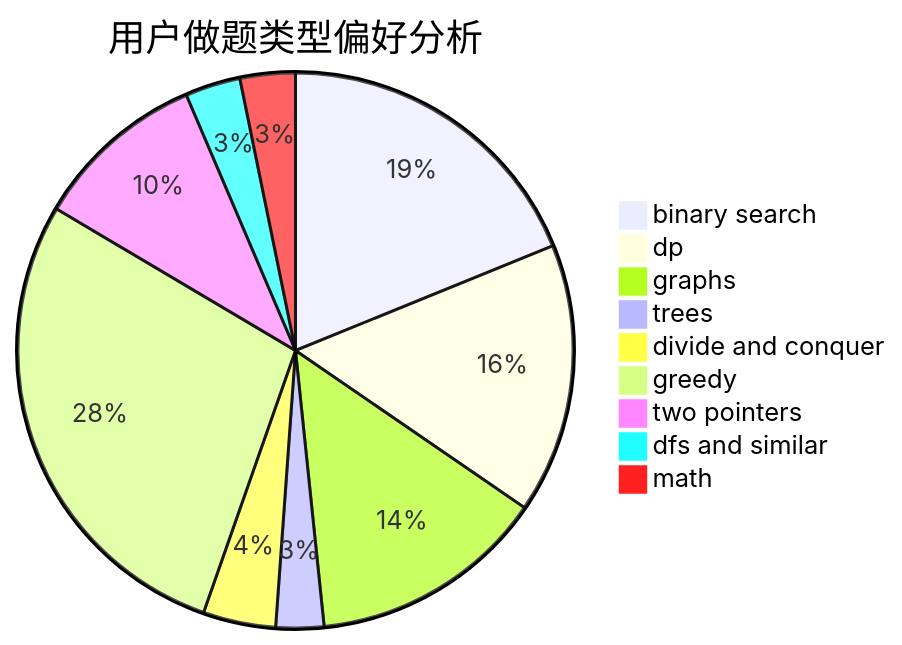
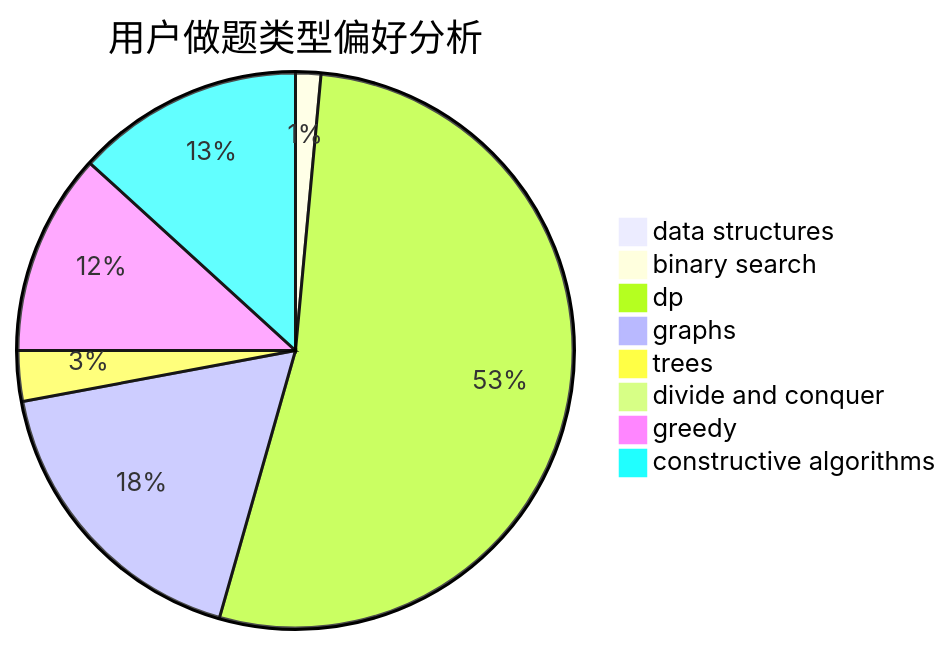
One commit to sherpahu/cfrs.github.io changed the second of 3 diagrams in docs/user/u80.md. Above: the diagram before and after it, drawn with Mermaid. The commit also changed other lines of this file and 2775 other files, not shown here.

````diff
--- a/docs/user/u80.md
+++ b/docs/user/u80.md
@@ -23,12 +23,11 @@
 ```mermaid
 pie title 用户做题类型偏好分析
-    "binary search" :  223
-    "dp" :  186
-    "graphs" :  163
-    "trees" :  33
-    "divide and conquer" :  50
-    "greedy" :  333
-    "two pointers" :  119
-    "dfs and similar" :  38
-    "math" :  38
+    "data structures" :  0
+    "binary search" :  1
+    "dp" :  36
+    "graphs" :  12
+    "trees" :  2
+    "divide and conquer" :  0
+    "greedy" :  8
+    "constructive algorithms" :  9
 ```
````
